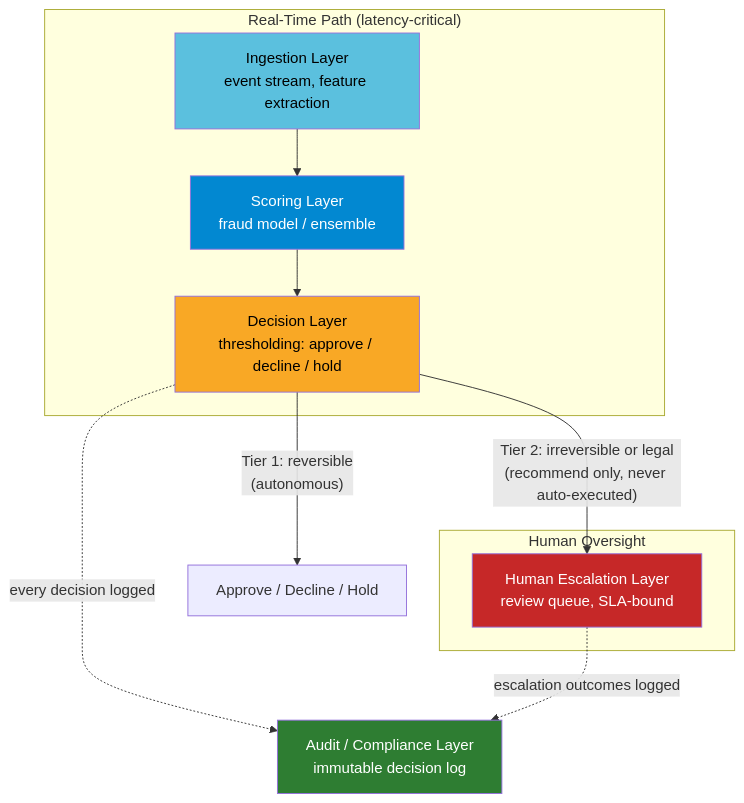
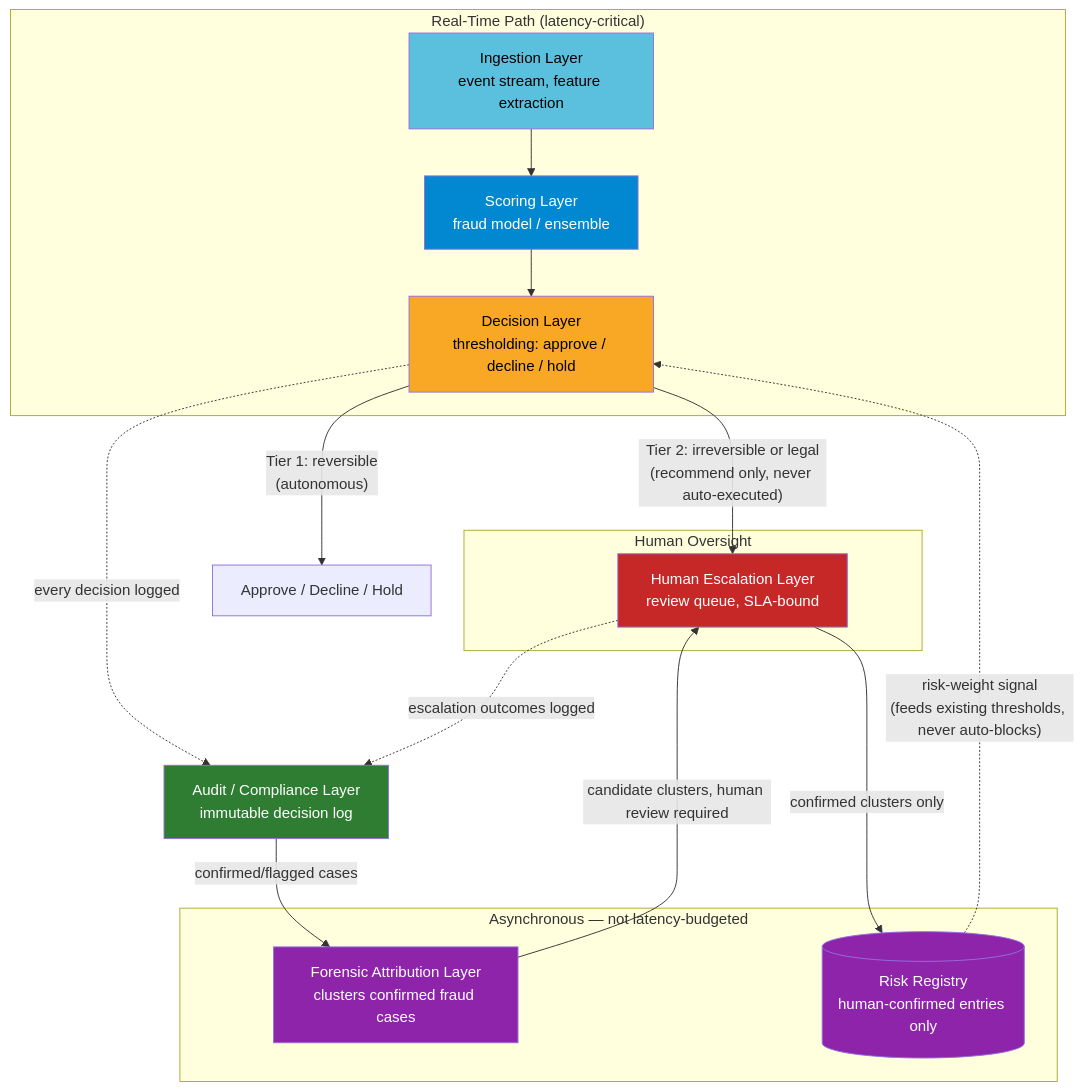
Before and after one commit to joneslokouba-ui/ai-engineering-portfolio: the diagram in module6-fraud-architecture/README.md, drawn with Mermaid. The commit also changed other lines of this file and 2 other files, not shown here.

Commit message:
Module 6: Sentry Architecture — ADRs, diagrams, sim, dashboard

````diff
--- a/module6-fraud-architecture/README.md
+++ b/module6-fraud-architecture/README.md
@@ -25,26 +25,37 @@
 ```mermaid
 flowchart TB
     subgraph RealTime["Real-Time Path (latency-critical)"]
         I[Ingestion Layer<br/>event stream, feature extraction]
         S[Scoring Layer<br/>fraud model / ensemble]
         D[Decision Layer<br/>thresholding: approve / decline / hold]
     end
 
     subgraph Oversight["Human Oversight"]
         H[Human Escalation Layer<br/>review queue, SLA-bound]
     end
 
+    subgraph Forensics["Asynchronous — not latency-budgeted"]
+        F[Forensic Attribution Layer<br/>clusters confirmed fraud cases]
+        R[(Risk Registry<br/>human-confirmed entries only)]
+    end
+
     A[Audit / Compliance Layer<br/>immutable decision log]
 
     I --> S --> D
     D -->|"Tier 1: reversible<br/>(autonomous)"| Outcome[Approve / Decline / Hold]
     D -->|"Tier 2: irreversible or legal<br/>(recommend only, never auto-executed)"| H
     D -.->|every decision logged| A
     H -.->|escalation outcomes logged| A
+    A -->|confirmed/flagged cases| F
+    F -->|candidate clusters, human review required| H
+    H -->|confirmed clusters only| R
+    R -.->|"risk-weight signal<br/>(feeds existing thresholds, never auto-blocks)"| D
 
     style D fill:#f9a825,color:#000
     style H fill:#c62828,color:#fff
     style S fill:#0288d1,color:#fff
     style I fill:#5bc0de,color:#000
     style A fill:#2e7d32,color:#fff
+    style F fill:#8e24aa,color:#fff
+    style R fill:#8e24aa,color:#fff
 ```
````
